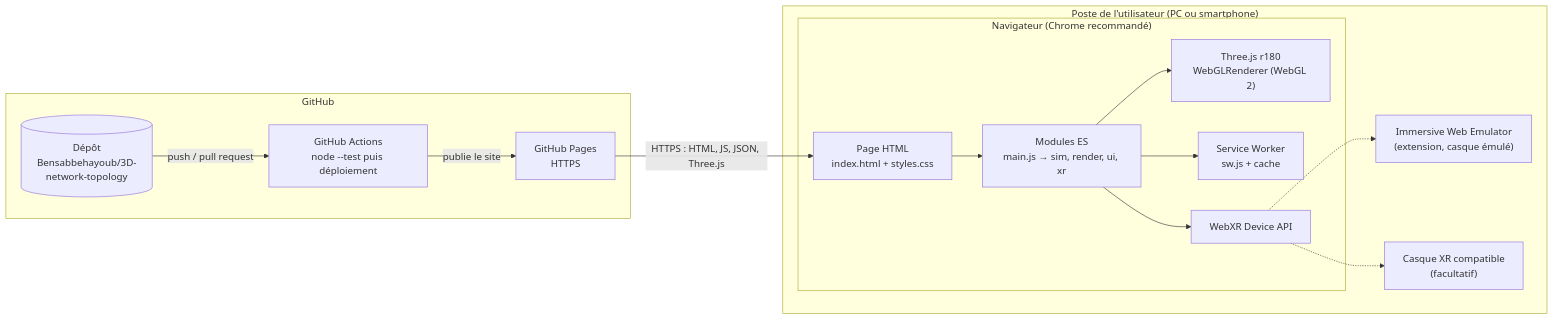
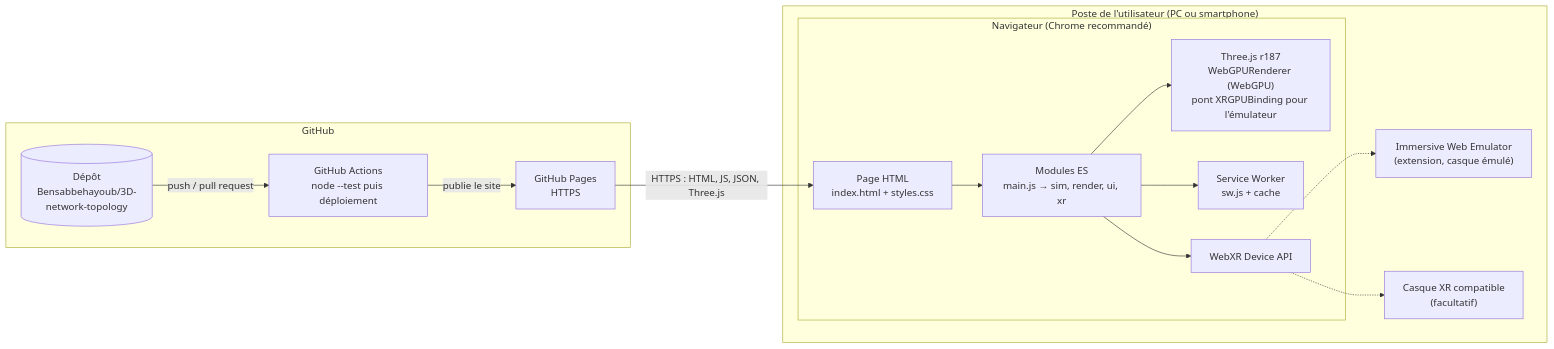
One commit to Bensabbehayoub/3D-network-topology changed the first of 3 diagrams in docs/architecture.md. Above: the diagram before and after it, drawn with Mermaid. The commit also changed other lines of this file and 43 other files, not shown here.

First line of the commit message:
feat(render): Three.js r187, rendu 100 % WebGPU en mode classique et en VR (phase 2)

````diff
--- a/docs/architecture.md
+++ b/docs/architecture.md
@@ -16,27 +16,27 @@
 ```mermaid
 flowchart LR
     subgraph poste["Poste de l'utilisateur (PC ou smartphone)"]
       subgraph chrome["Navigateur (Chrome recommandé)"]
         page["Page HTML<br/>index.html + styles.css"]
         js["Modules ES<br/>main.js → sim, render, ui, xr"]
-        three["Three.js r180<br/>WebGLRenderer (WebGL 2)"]
+        three["Three.js r187<br/>WebGPURenderer (WebGPU)<br/>pont XRGPUBinding pour l'émulateur"]
         sw["Service Worker<br/>sw.js + cache"]
         xrapi["WebXR Device API"]
       end
       iwe["Immersive Web Emulator<br/>(extension, casque émulé)"]
       casque["Casque XR compatible<br/>(facultatif)"]
     end
     subgraph github["GitHub"]
       repo[("Dépôt<br/>Bensabbehayoub/3D-network-topology")]
       ci["GitHub Actions<br/>node --test puis déploiement"]
       pages["GitHub Pages<br/>HTTPS"]
     end
     repo -- "push / pull request" --> ci
     ci -- "publie le site" --> pages
     pages -- "HTTPS : HTML, JS, JSON, Three.js" --> page
     page --> js --> three
     js --> sw
     js --> xrapi
     xrapi -.-> iwe
     xrapi -.-> casque
 ```
````
